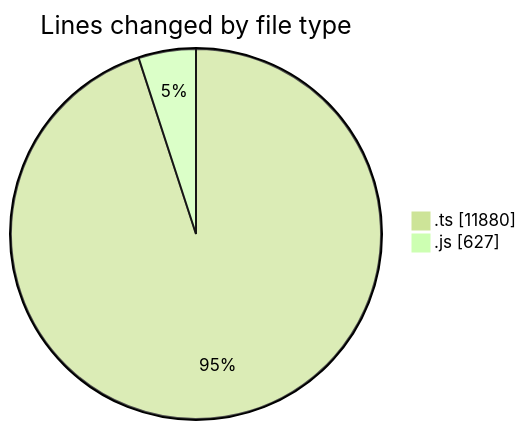
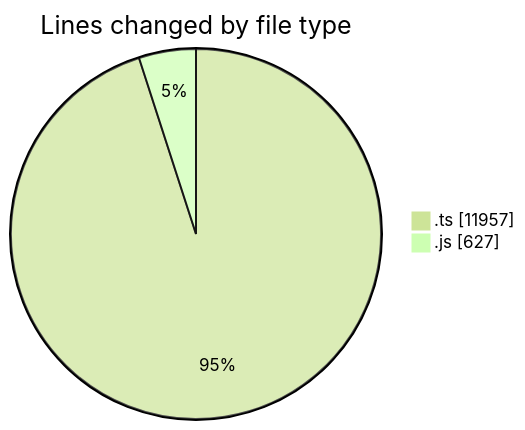
Before and after one commit to momahboobian/code-tracking: the first of 2 diagrams in 2025-09-05/cda/README.md, drawn with Mermaid (forest theme). The commit also changed other lines of this file and 1 other file, not shown here.

````diff
--- a/2025-09-05/cda/README.md
+++ b/2025-09-05/cda/README.md
@@ -23,6 +23,6 @@
 ```mermaid
 pie showData
 title Lines changed by file type
-".ts" : 11880
+".ts" : 11957
 ".js" : 627
 ```
````
